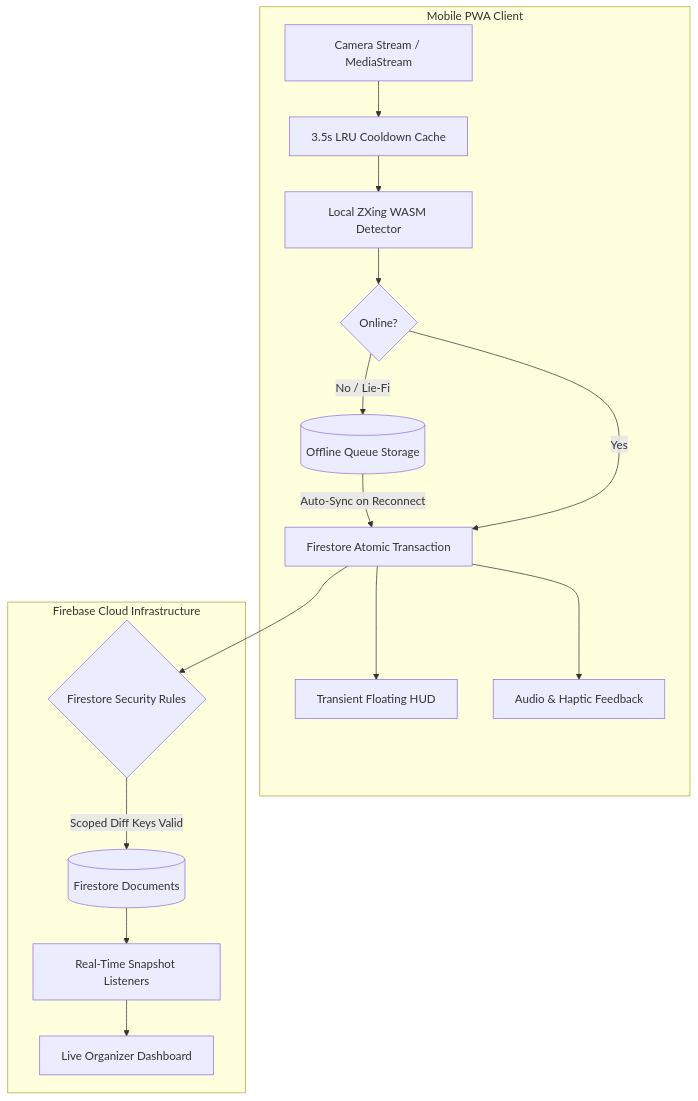
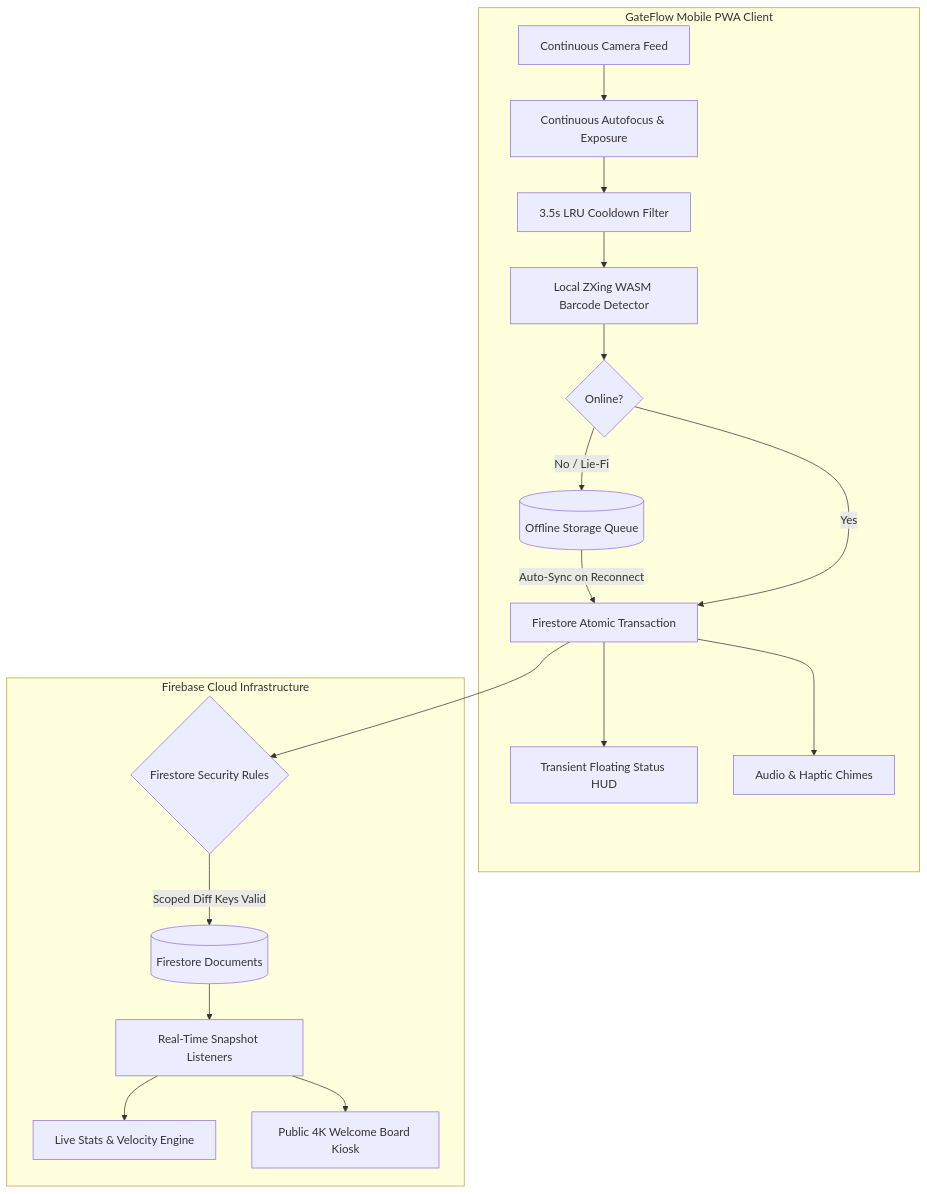
One commit to ayoubsarri/GateFlow changed the diagram in README.md. Above: the diagram before and after it, drawn with Mermaid. The commit also changed other lines of this file and 4 other files, not shown here.

Commit message:
docs: update README with 1080p TV kiosk showcase, mobile screenshots, and GateFlow architecture

````diff
--- a/README.md
+++ b/README.md
@@ -68,20 +93,22 @@
 ```mermaid
 flowchart TD
-    subgraph Client [Mobile PWA Client]
-        Camera[Camera Stream / MediaStream] --> Debounce[3.5s LRU Cooldown Cache]
-        Debounce --> WASM[Local ZXing WASM Detector]
+    subgraph Client [GateFlow Mobile PWA Client]
+        Camera[Continuous Camera Feed] --> ProConstraints[Continuous Autofocus & Exposure]
+        ProConstraints --> Debounce[3.5s LRU Cooldown Filter]
+        Debounce --> WASM[Local ZXing WASM Barcode Detector]
         WASM --> NetworkCheck{Online?}
-        NetworkCheck -- No / Lie-Fi --> OfflineQueue[(Offline Queue Storage)]
+        NetworkCheck -- No / Lie-Fi --> OfflineQueue[(Offline Storage Queue)]
         OfflineQueue -- Auto-Sync on Reconnect --> TxCommit
         NetworkCheck -- Yes --> TxCommit[Firestore Atomic Transaction]
-        TxCommit --> HUD[Transient Floating HUD]
-        TxCommit --> AudioHaptic[Audio & Haptic Feedback]
+        TxCommit --> HUD[Transient Floating Status HUD]
+        TxCommit --> AudioHaptic[Audio & Haptic Chimes]
     end
 
     subgraph Firebase [Firebase Cloud Infrastructure]
         TxCommit --> Rules{Firestore Security Rules}
         Rules -- Scoped Diff Keys Valid --> DB[(Firestore Documents)]
         DB --> Listeners[Real-Time Snapshot Listeners]
-        Listeners --> LiveDashboard[Live Organizer Dashboard]
+        Listeners --> LiveDashboard[Live Stats & Velocity Engine]
+        Listeners --> WelcomeBoard[Public 4K Welcome Board Kiosk]
     end
 ```
````
